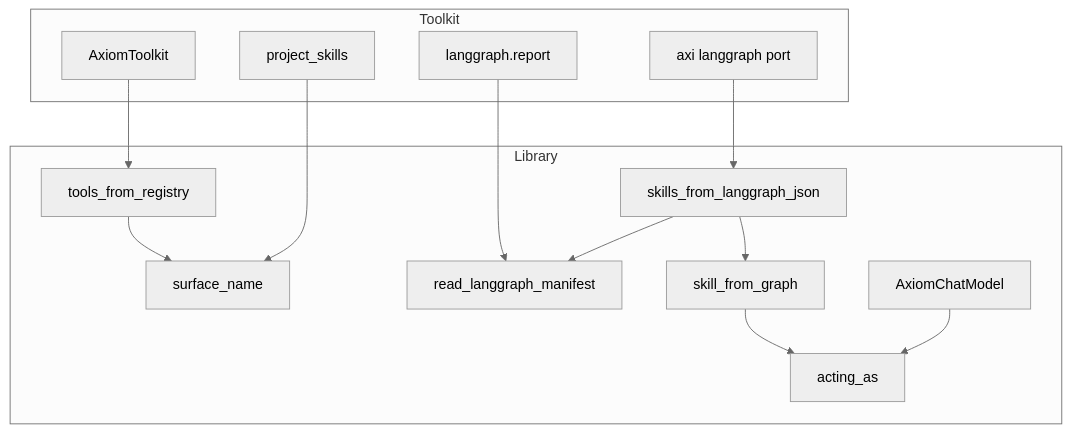
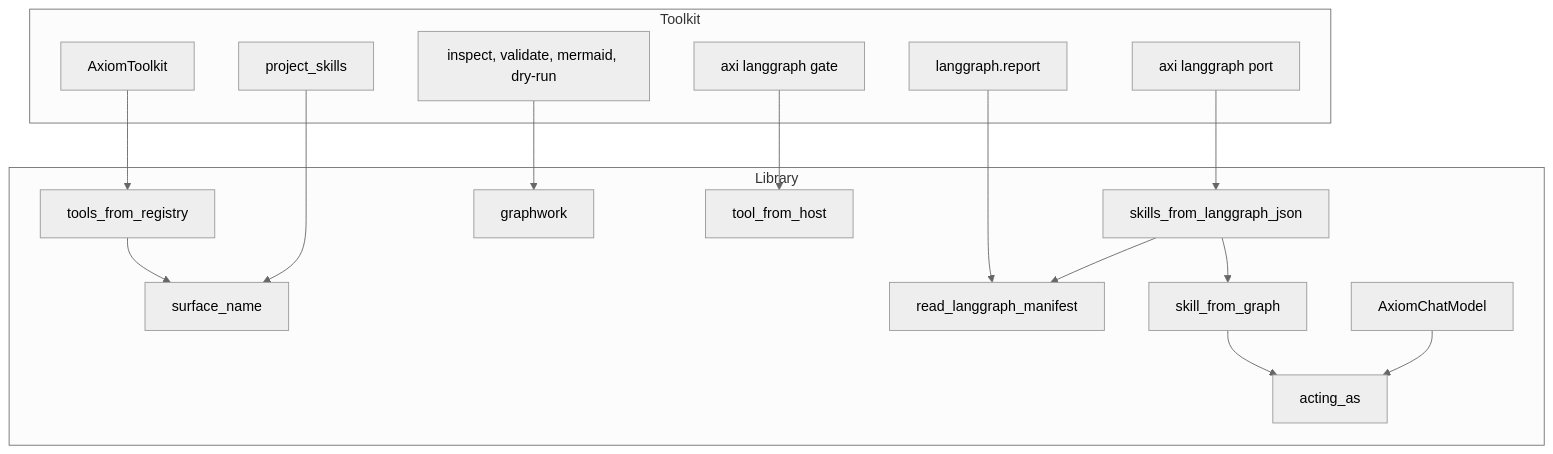
One commit to UT-Computational-NE/axiom-ext-langgraph changed the first of 3 diagrams in README.md. Above: the diagram before and after it, drawn with Mermaid (neutral theme). The commit also changed other lines of this file and 24 other files, not shown here.

First line of the commit message:
feat: inspect graphs and gate host tools on AEOS 0.1.0

````diff
--- a/README.md
+++ b/README.md
@@ -27,29 +27,35 @@
 ```mermaid
 flowchart TB
   subgraph toolkit ["Toolkit"]
     AT["AxiomToolkit"]
     PS["project_skills"]
     PORT["axi langgraph port"]
+    INSPECT["inspect, validate, mermaid, dry-run"]
+    GATE["axi langgraph gate"]
     REP["langgraph.report"]
   end
 
   subgraph library ["Library"]
     PROJ["tools_from_registry"]
     NAME["surface_name"]
     READ["read_langgraph_manifest"]
     REG["skills_from_langgraph_json"]
     ADAPT["skill_from_graph"]
+    SHAPE["graphwork"]
+    HOST["tool_from_host"]
     MODEL["AxiomChatModel"]
     ACTOR["acting_as"]
   end
 
   AT --> PROJ
   PROJ --> NAME
   PS --> NAME
   PORT --> REG
+  INSPECT --> SHAPE
+  GATE --> HOST
   REP --> READ
   REG --> READ
   REG --> ADAPT
   ADAPT --> ACTOR
   MODEL --> ACTOR
 ```
````
